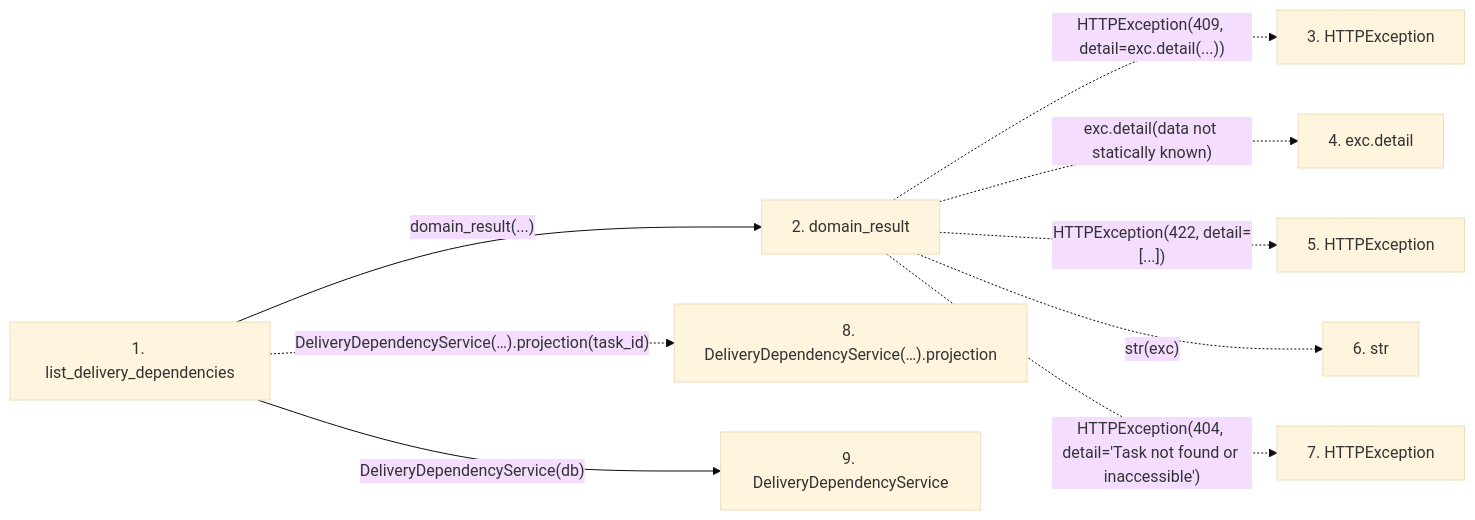
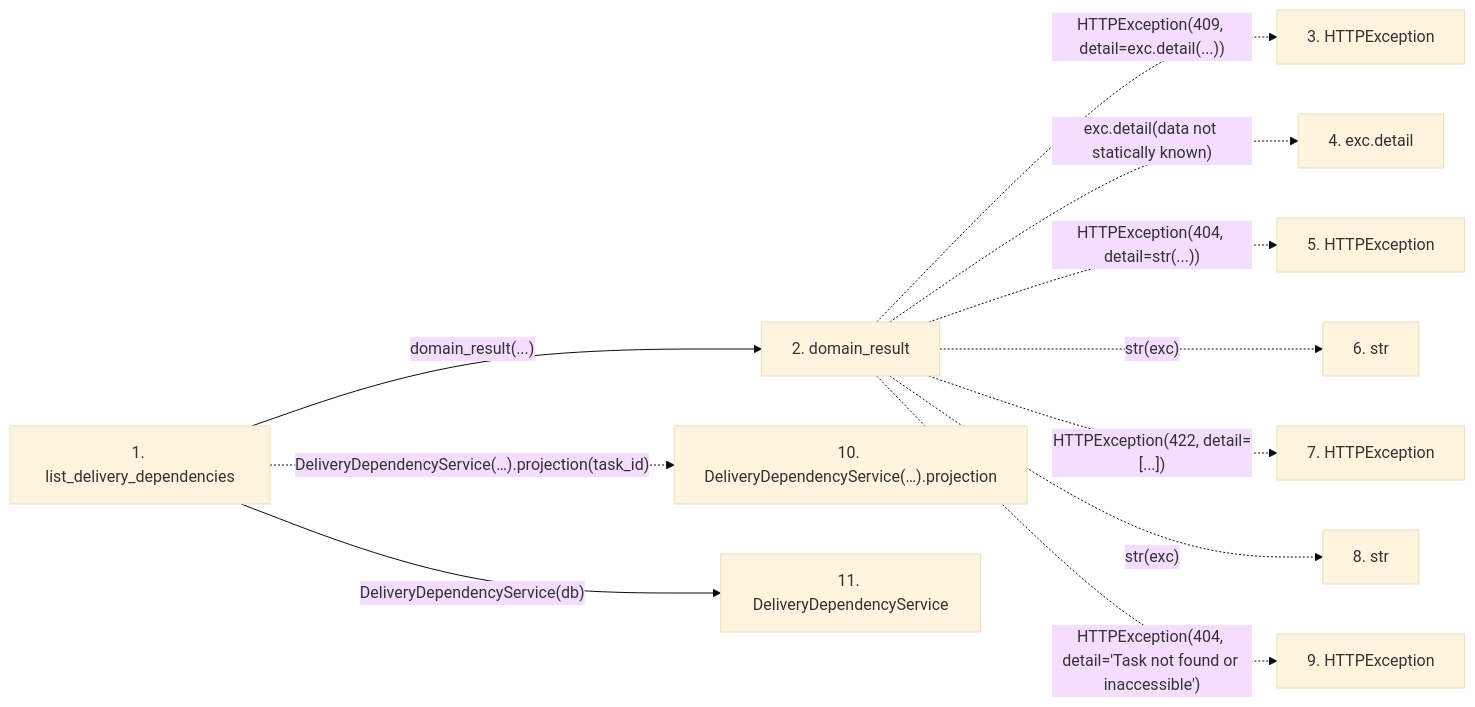
Before and after one commit to Denissvgn/WorkChord: the second of 2 diagrams in docs/llm_wiki/flows/http-list_delivery_dependencies.md, drawn with Mermaid (base theme). The commit also changed other lines of this file and 6624 other files, not shown here.

````diff
--- a/docs/llm_wiki/flows/http-list_delivery_dependencies.md
+++ b/docs/llm_wiki/flows/http-list_delivery_dependencies.md
@@ -32,23 +34,27 @@
 ```mermaid
 flowchart LR
     s1["1. list_delivery_dependencies"]
     s2["2. domain_result"]
     s3["3. HTTPException"]
     s4["4. exc.detail"]
     s5["5. HTTPException"]
     s6["6. str"]
     s7["7. HTTPException"]
-    s8["8. DeliveryDependencyService(…).projection"]
-    s9["9. DeliveryDependencyService"]
+    s8["8. str"]
+    s9["9. HTTPException"]
+    s10["10. DeliveryDependencyService(…).projection"]
+    s11["11. DeliveryDependencyService"]
     s1 -->|"domain_result(...)"| s2
     s2 -. "HTTPException(409, detail=exc.detail(...))" .-> s3
     s2 -. "exc.detail(data not statically known)" .-> s4
-    s2 -. "HTTPException(422, detail=[...])" .-> s5
+    s2 -. "HTTPException(404, detail=str(...))" .-> s5
     s2 -. "str(exc)" .-> s6
-    s2 -. "HTTPException(404, detail='Task not found or inaccessible')" .-> s7
-    s1 -. "DeliveryDependencyService(…).projection(task_id)" .-> s8
-    s1 -->|"DeliveryDependencyService(db)"| s9
+    s2 -. "HTTPException(422, detail=[...])" .-> s7
+    s2 -. "str(exc)" .-> s8
+    s2 -. "HTTPException(404, detail='Task not found or inaccessible')" .-> s9
+    s1 -. "DeliveryDependencyService(…).projection(task_id)" .-> s10
+    s1 -->|"DeliveryDependencyService(db)"| s11
     click s1 "../modules/delivery_dependencies.md"
     click s2 "../modules/routers_task_domain.md"
-    click s9 "../modules/delivery_dependency_service.md"
+    click s11 "../modules/delivery_dependency_service.md"
 ```
````
